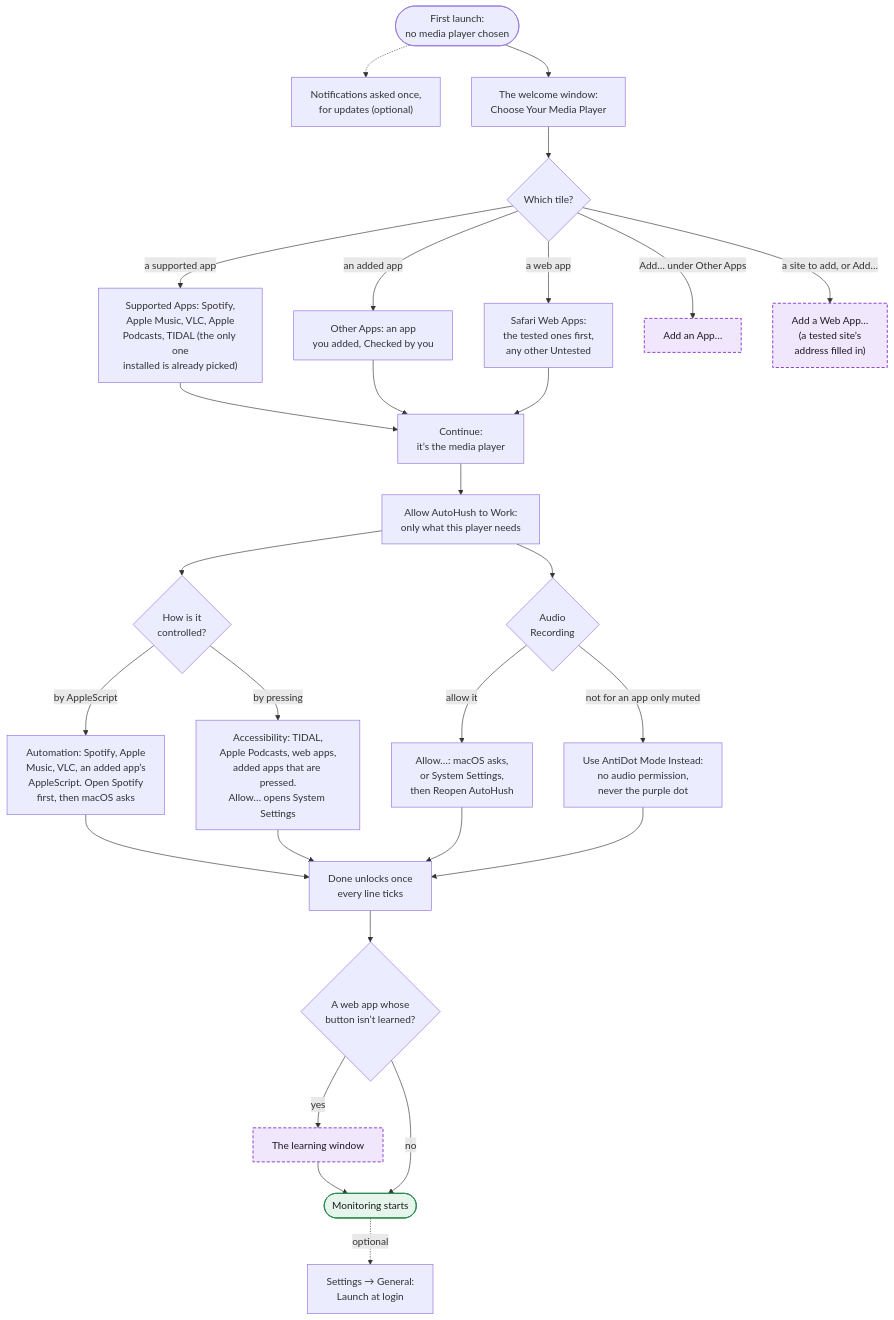
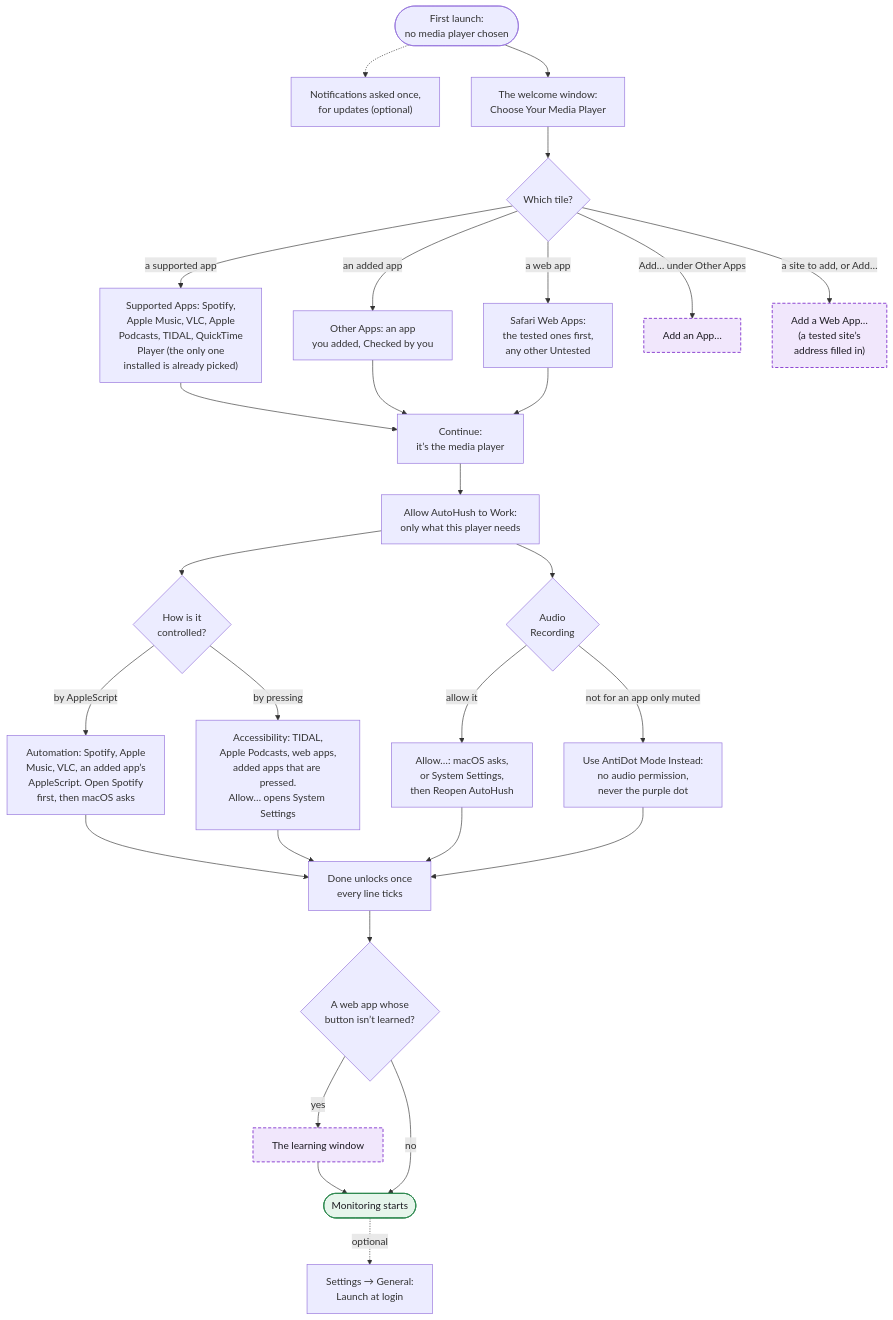
Before and after one commit to hfustercabre/AutoHush: the second of 14 diagrams in WORKFLOWS.md, drawn with Mermaid. The commit also changed other lines of this file and 26 other files, not shown here.

First line of the commit message:
feat: QuickTime Player as a supported player, the purple dot off for silent apps, and more macOS 14 fixes

````diff
--- a/WORKFLOWS.md
+++ b/WORKFLOWS.md
@@ -77,54 +77,54 @@
 ```mermaid
 flowchart TD
   A(["First launch:<br/>no media player chosen"])
   NT["Notifications asked once,<br/>for updates (optional)"]
   W["The welcome window:<br/>Choose Your Media Player"]
   K{"Which tile?"}
-  SUP["Supported Apps: Spotify,<br/>Apple Music, VLC, Apple<br/>Podcasts, TIDAL (the only one<br/>installed is already picked)"]
+  SUP["Supported Apps: Spotify,<br/>Apple Music, VLC, Apple<br/>Podcasts, TIDAL, QuickTime<br/>Player (the only one<br/>installed is already picked)"]
   OTH["Other Apps: an app<br/>you added, Checked by you"]
   WEB["Safari Web Apps:<br/>the tested ones first,<br/>any other Untested"]
   ADDAPP["Add an App…"]
   ADDWEB["Add a Web App…<br/>(a tested site’s<br/>address filled in)"]
   CONT["Continue:<br/>it’s the media player"]
   PERM["Allow AutoHush to Work:<br/>only what this player needs"]
   CTRL{"How is it<br/>controlled?"}
   AUT["Automation: Spotify, Apple<br/>Music, VLC, an added app’s<br/>AppleScript. Open Spotify<br/>first, then macOS asks"]
   ACC["Accessibility: TIDAL,<br/>Apple Podcasts, web apps,<br/>added apps that are pressed.<br/>Allow… opens System Settings"]
   AUD{"Audio<br/>Recording"}
   ALW["Allow…: macOS asks,<br/>or System Settings,<br/>then Reopen AutoHush"]
   ANT["Use AntiDot Mode Instead:<br/>no audio permission,<br/>never the purple dot"]
   DONE["Done unlocks once<br/>every line ticks"]
   LRN{"A web app whose<br/>button isn’t learned?"}
   LW["The learning window"]
   RUN(["Monitoring starts"])
   LOG["Settings → General:<br/>Launch at login"]
 
   A --> W
   A -.-> NT
   W --> K
   K -->|"a supported app"| SUP --> CONT
   K -->|"an added app"| OTH --> CONT
   K -->|"a web app"| WEB --> CONT
   K -->|"Add… under Other Apps"| ADDAPP
   K -->|"a site to add, or Add…"| ADDWEB
   CONT --> PERM
   PERM --> CTRL
   PERM --> AUD
   CTRL -->|"by AppleScript"| AUT
   CTRL -->|"by pressing"| ACC
   AUD -->|"allow it"| ALW
   AUD -->|"not for an app only muted"| ANT
   AUT --> DONE
   ACC --> DONE
   ALW --> DONE
   ANT --> DONE
   DONE --> LRN
   LRN -->|"yes"| LW --> RUN
   LRN -->|"no"| RUN
   RUN -.->|"optional"| LOG
 
   class ADDAPP,ADDWEB,LW ref
   class RUN done
   classDef ref fill:#f1e7fc,stroke:#8a3fd1,stroke-width:1.5px,stroke-dasharray: 5 3,color:#1d1b22
   classDef done fill:#e6f5eb,stroke:#2f8a50,stroke-width:1.5px,color:#1d1b22
 ```
````
